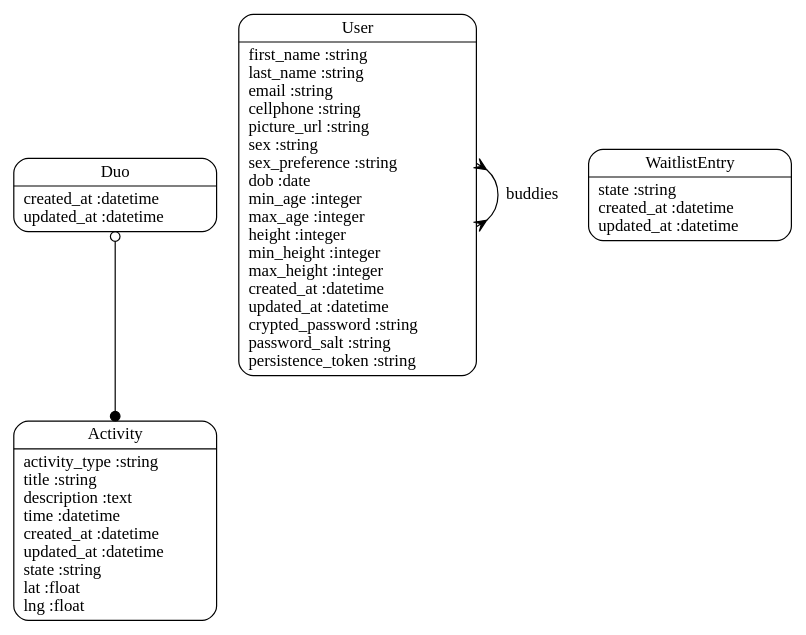
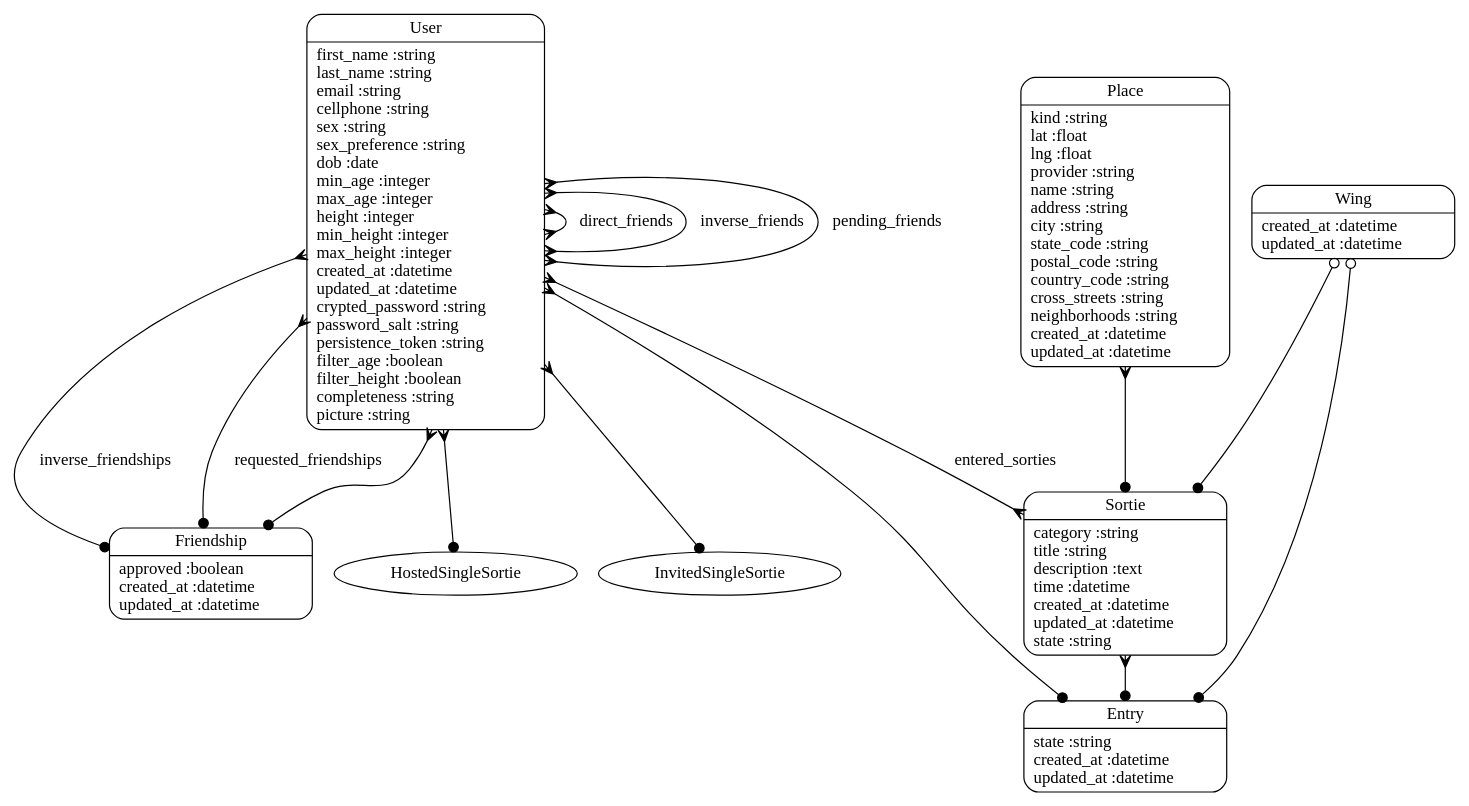
One commit to tarikjn/mojo changed the diagram in doc/models.dot. Above: the diagram before and after it, drawn with Graphviz. The commit also changed 119 other files, not shown here.

Commit message:
major schema refactoring and initial code for Authlogic password reset

```diff
--- a/doc/models.dot
+++ b/doc/models.dot
@@ -1,9 +1,23 @@
 digraph models_diagram {
 	graph[overlap=false, splines=true]
-	"Activity" [shape=Mrecord, label="{Activity|activity_type :string\ltitle :string\ldescription :text\ltime :datetime\lcreated_at :datetime\lupdated_at :datetime\lstate :string\llat :float\llng :float\l}"]
-	"Duo" [shape=Mrecord, label="{Duo|created_at :datetime\lupdated_at :datetime\l}"]
-	"User" [shape=Mrecord, label="{User|first_name :string\llast_name :string\lemail :string\lcellphone :string\lpicture_url :string\lsex :string\lsex_preference :string\ldob :date\lmin_age :integer\lmax_age :integer\lheight :integer\lmin_height :integer\lmax_height :integer\lcreated_at :datetime\lupdated_at :datetime\lcrypted_password :string\lpassword_salt :string\lpersistence_token :string\l}"]
-	"WaitlistEntry" [shape=Mrecord, label="{WaitlistEntry|state :string\lcreated_at :datetime\lupdated_at :datetime\l}"]
-	"Duo" -> "Activity" [arrowtail=odot, arrowhead=dot, dir=both]
-	"User" -> "User" [label="buddies", arrowtail=crow, arrowhead=crow, dir=both]
+	"Entry" [shape=Mrecord, label="{Entry|state :string\lcreated_at :datetime\lupdated_at :datetime\l}"]
+	"Friendship" [shape=Mrecord, label="{Friendship|approved :boolean\lcreated_at :datetime\lupdated_at :datetime\l}"]
+	"Place" [shape=Mrecord, label="{Place|kind :string\llat :float\llng :float\lprovider :string\lname :string\laddress :string\lcity :string\lstate_code :string\lpostal_code :string\lcountry_code :string\lcross_streets :string\lneighborhoods :string\lcreated_at :datetime\lupdated_at :datetime\l}"]
+	"Sortie" [shape=Mrecord, label="{Sortie|category :string\ltitle :string\ldescription :text\ltime :datetime\lcreated_at :datetime\lupdated_at :datetime\lstate :string\l}"]
+	"User" [shape=Mrecord, label="{User|first_name :string\llast_name :string\lemail :string\lcellphone :string\lsex :string\lsex_preference :string\ldob :date\lmin_age :integer\lmax_age :integer\lheight :integer\lmin_height :integer\lmax_height :integer\lcreated_at :datetime\lupdated_at :datetime\lcrypted_password :string\lpassword_salt :string\lpersistence_token :string\lfilter_age :boolean\lfilter_height :boolean\lcompleteness :string\lpicture :string\l}"]
+	"Wing" [shape=Mrecord, label="{Wing|created_at :datetime\lupdated_at :datetime\l}"]
+	"Place" -> "Sortie" [arrowtail=crow, arrowhead=dot, dir=both]
+	"Sortie" -> "Entry" [arrowtail=crow, arrowhead=dot, dir=both]
+	"User" -> "Entry" [arrowtail=crow, arrowhead=dot, dir=both]
+	"User" -> "Sortie" [label="entered_sorties", arrowtail=crow, arrowhead=crow, dir=both]
+	"User" -> "HostedSingleSortie" [arrowtail=crow, arrowhead=dot, dir=both]
+	"User" -> "InvitedSingleSortie" [arrowtail=crow, arrowhead=dot, dir=both]
+	"User" -> "Friendship" [arrowtail=crow, arrowhead=dot, dir=both]
+	"User" -> "Friendship" [label="inverse_friendships", arrowtail=crow, arrowhead=dot, dir=both]
+	"User" -> "User" [label="direct_friends", arrowtail=crow, arrowhead=crow, dir=both]
+	"User" -> "User" [label="inverse_friends", arrowtail=crow, arrowhead=crow, dir=both]
+	"User" -> "User" [label="pending_friends", arrowtail=crow, arrowhead=crow, dir=both]
+	"User" -> "Friendship" [label="requested_friendships", arrowtail=crow, arrowhead=dot, dir=both]
+	"Wing" -> "Entry" [arrowtail=odot, arrowhead=dot, dir=both]
+	"Wing" -> "Sortie" [arrowtail=odot, arrowhead=dot, dir=both]
 }
```
